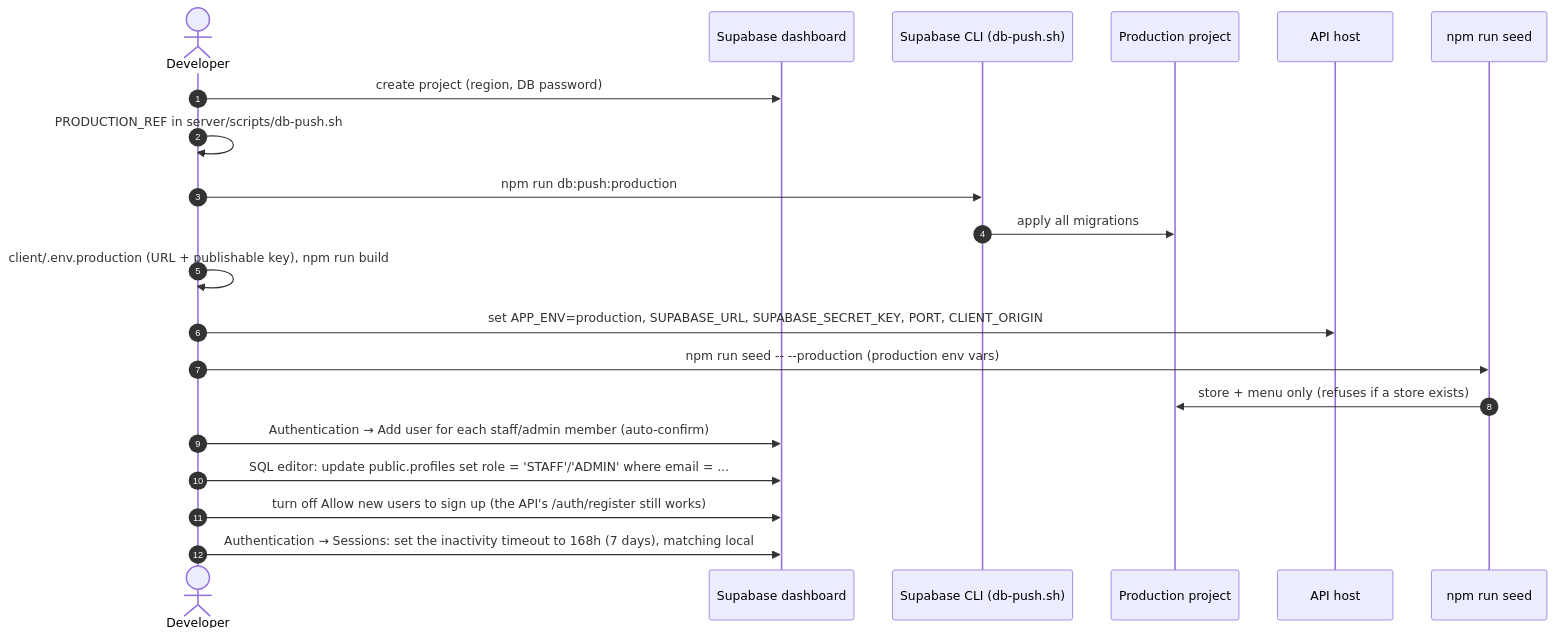
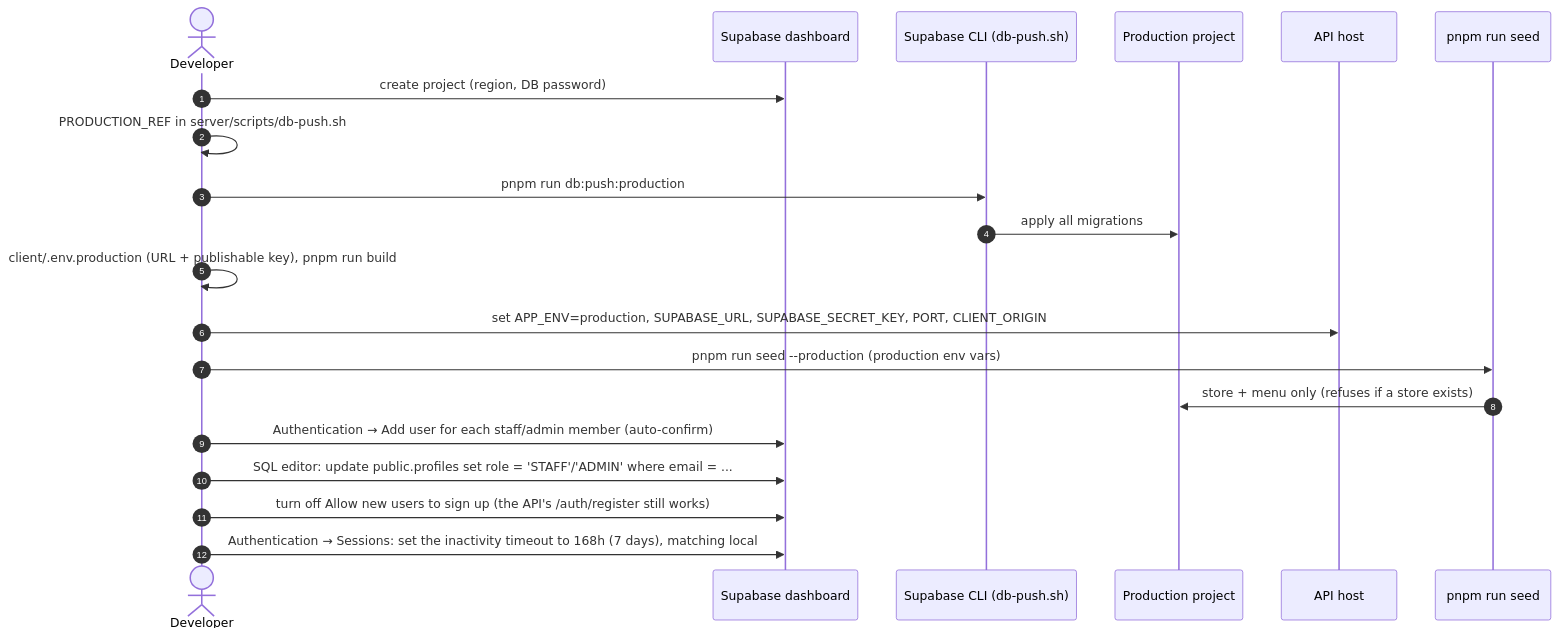
One commit to The-KhaNha/KhaNha changed the fourth of 4 diagrams in docs/DEPLOYMENT.md. Above: the diagram before and after it, drawn with Mermaid. The commit also changed other lines of this file and 86 other files, not shown here.

````diff
--- a/docs/DEPLOYMENT.md
+++ b/docs/DEPLOYMENT.md
@@ -273,23 +273,23 @@
 ```mermaid
 sequenceDiagram
   autonumber
   actor Dev as Developer
   participant Dash as Supabase dashboard
   participant CLI as Supabase CLI (db-push.sh)
   participant Prod as Production project
   participant Host as API host
-  participant Seed as npm run seed
+  participant Seed as pnpm run seed
 
   Dev->>Dash: create project (region, DB password)
   Dev->>Dev: PRODUCTION_REF in server/scripts/db-push.sh
-  Dev->>CLI: npm run db:push:production
+  Dev->>CLI: pnpm run db:push:production
   CLI->>Prod: apply all migrations
-  Dev->>Dev: client/.env.production (URL + publishable key), npm run build
+  Dev->>Dev: client/.env.production (URL + publishable key), pnpm run build
   Dev->>Host: set APP_ENV=production, SUPABASE_URL, SUPABASE_SECRET_KEY, PORT, CLIENT_ORIGIN
-  Dev->>Seed: npm run seed -- --production (production env vars)
+  Dev->>Seed: pnpm run seed --production (production env vars)
   Seed->>Prod: store + menu only (refuses if a store exists)
   Dev->>Dash: Authentication → Add user for each staff/admin member (auto-confirm)
   Dev->>Dash: SQL editor: update public.profiles set role = 'STAFF'/'ADMIN' where email = ...
   Dev->>Dash: turn off Allow new users to sign up (the API's /auth/register still works)
   Dev->>Dash: Authentication → Sessions: set the inactivity timeout to 168h (7 days), matching local
 ```
````
